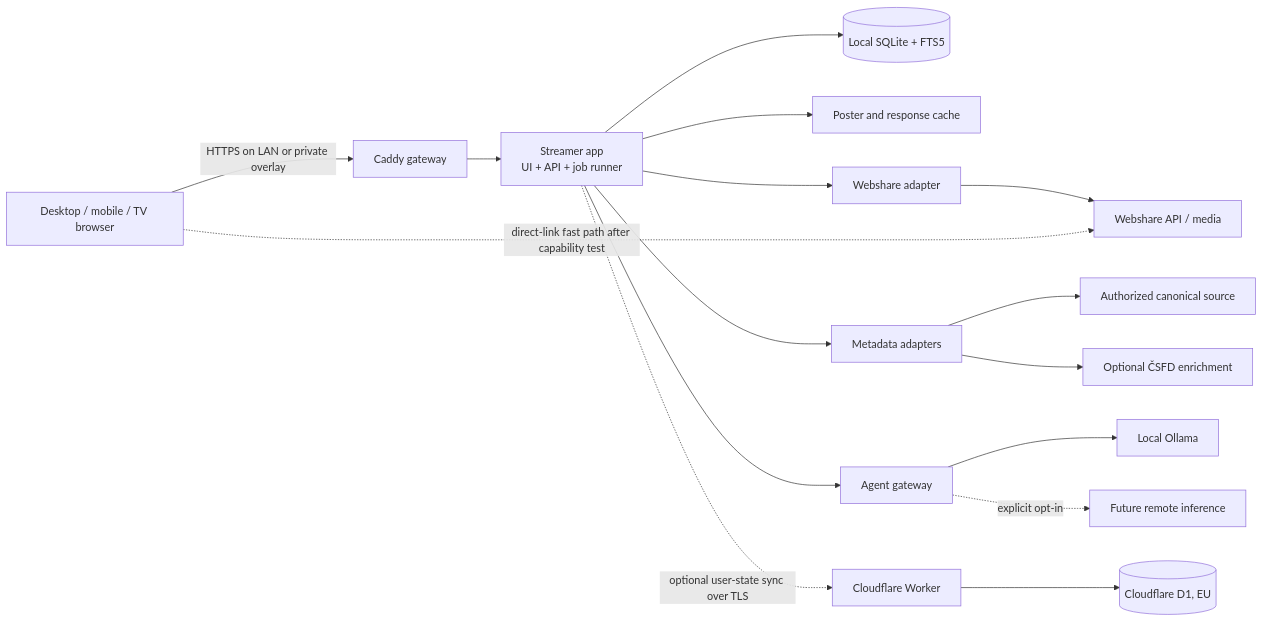
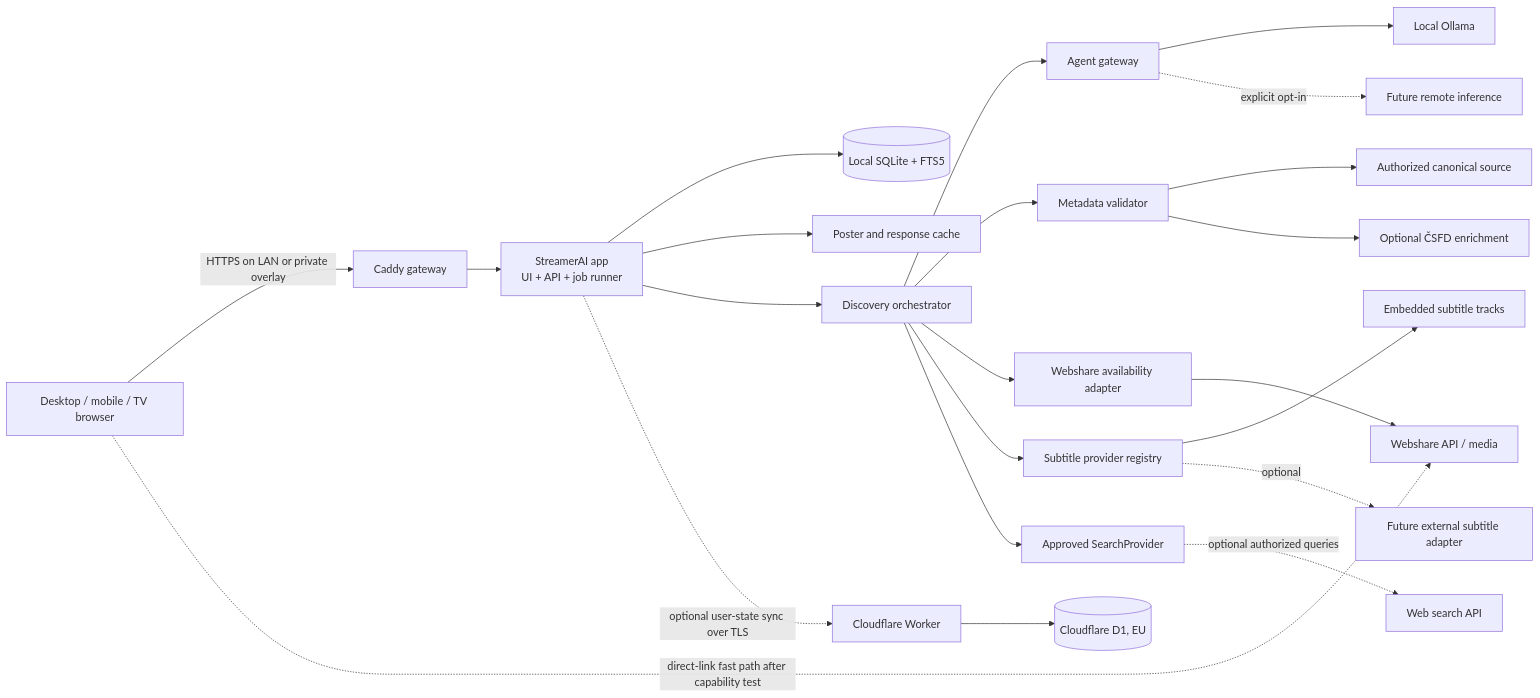
The diagram in instructions/DEPLOY.md (sgtkingo/Streamer), drawn with Mermaid before and after one commit. The commit also changed other lines of this file and 76 other files, not shown here.

````diff
--- a/instructions/DEPLOY.md
+++ b/instructions/DEPLOY.md
@@ -24,18 +30,24 @@
 ```mermaid
 flowchart LR
     C[Desktop / mobile / TV browser] -->|HTTPS on LAN or private overlay| G[Caddy gateway]
-    G --> A[Streamer app<br/>UI + API + job runner]
+    G --> A[StreamerAI app<br/>UI + API + job runner]
     A --> DB[(Local SQLite + FTS5)]
     A --> FS[Poster and response cache]
-    A --> W[Webshare adapter]
+    A --> D[Discovery orchestrator]
+    D --> AG[Agent gateway]
+    D --> M[Metadata validator]
+    D --> W[Webshare availability adapter]
+    D --> SUB[Subtitle provider registry]
+    D --> S[Approved SearchProvider]
     W --> WS[Webshare API / media]
-    A --> M[Metadata adapters]
+    SUB --> EMB[Embedded subtitle tracks]
+    SUB -. optional .-> EXT[Future external subtitle adapter]
     M --> TMDB[Authorized canonical source]
     M --> CSFD[Optional ČSFD enrichment]
-    A --> AG[Agent gateway]
     AG --> O[Local Ollama]
     AG -. explicit opt-in .-> R[Future remote inference]
+    S -. optional authorized queries .-> WEB[Web search API]
     A -. optional user-state sync over TLS .-> CW[Cloudflare Worker]
     CW --> D1[(Cloudflare D1, EU)]
     C -. direct-link fast path after capability test .-> WS
 ```
````
